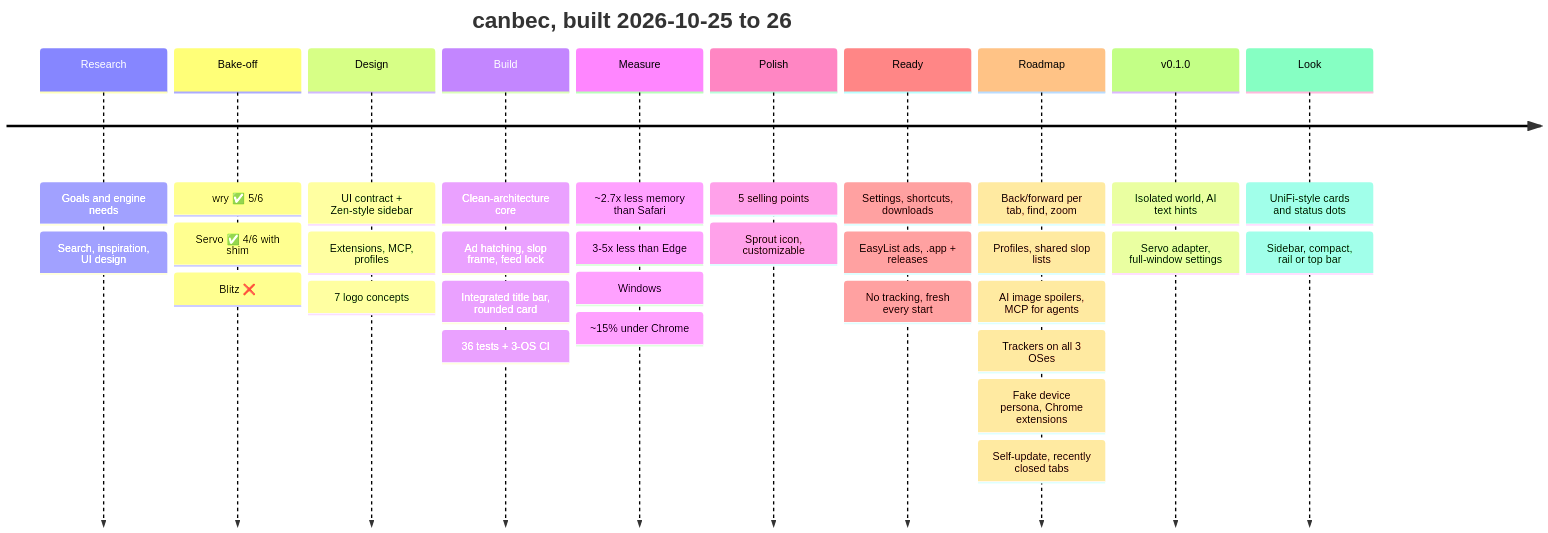
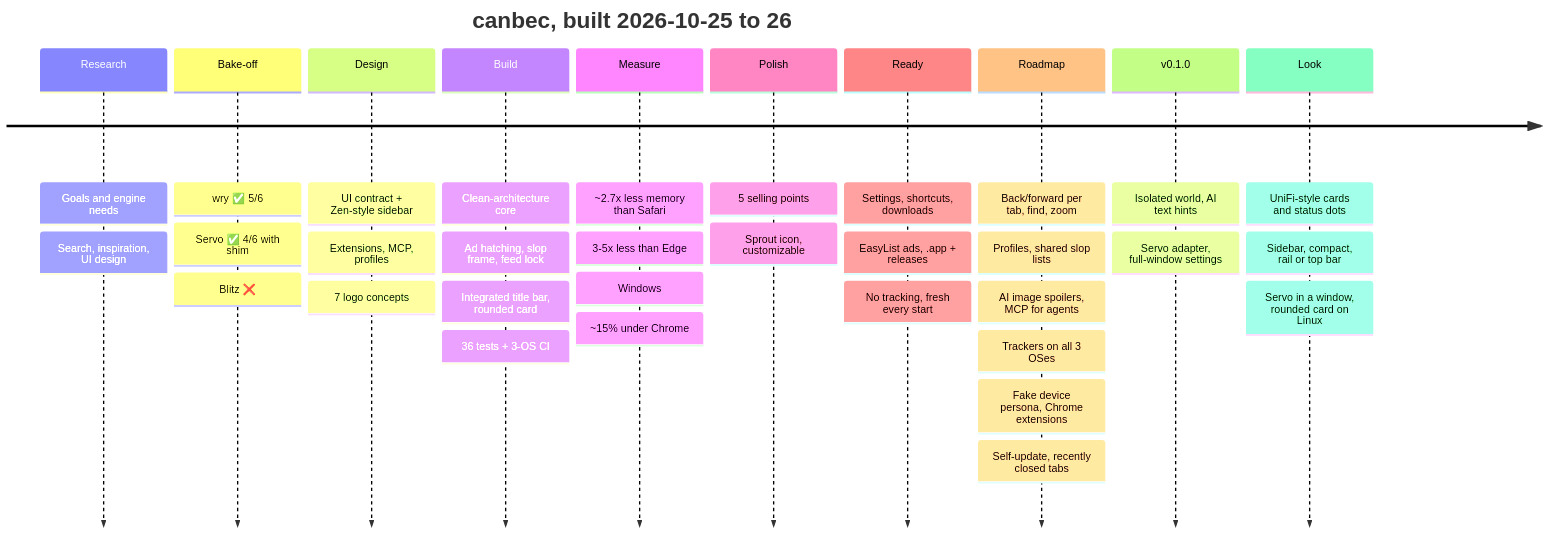
The diagram in README.md (Cod3rs-org/canbec), drawn with Mermaid before and after one commit. The commit also changed other lines of this file and 13 other files, not shown here.

First line of the commit message:
servo: canbec in a window on Servo (#32)

````diff
--- a/README.md
+++ b/README.md
@@ -95,34 +95,35 @@
 ```mermaid
 timeline
     title canbec, built 2026-10-25 to 26
     Research : Goals and engine needs
              : Search, inspiration, UI design
     Bake-off : wry ✅ 5/6
              : Servo ✅ 4/6 with shim
              : Blitz ❌
     Design   : UI contract + Zen-style sidebar
              : Extensions, MCP, profiles
              : 7 logo concepts
     Build    : Clean-architecture core
              : Ad hatching, slop frame, feed lock
              : Integrated title bar, rounded card
              : 36 tests + 3-OS CI
     Measure  : ~2.7x less memory than Safari
              : 3-5x less than Edge
              : Windows: ~15% under Chrome
     Polish   : 5 selling points
              : Sprout icon, customizable
     Ready    : Settings, shortcuts, downloads
              : EasyList ads, .app + releases
              : No tracking, fresh every start
     Roadmap  : Back/forward per tab, find, zoom
              : Profiles, shared slop lists
              : AI image spoilers, MCP for agents
              : Trackers on all 3 OSes
              : Fake device persona, Chrome extensions
              : Self-update, recently closed tabs
     v0.1.0   : Isolated world, AI text hints
              : Servo adapter, full-window settings
     Look     : UniFi-style cards and status dots
              : Sidebar, compact, rail or top bar
+             : Servo in a window, rounded card on Linux
 ```
````
